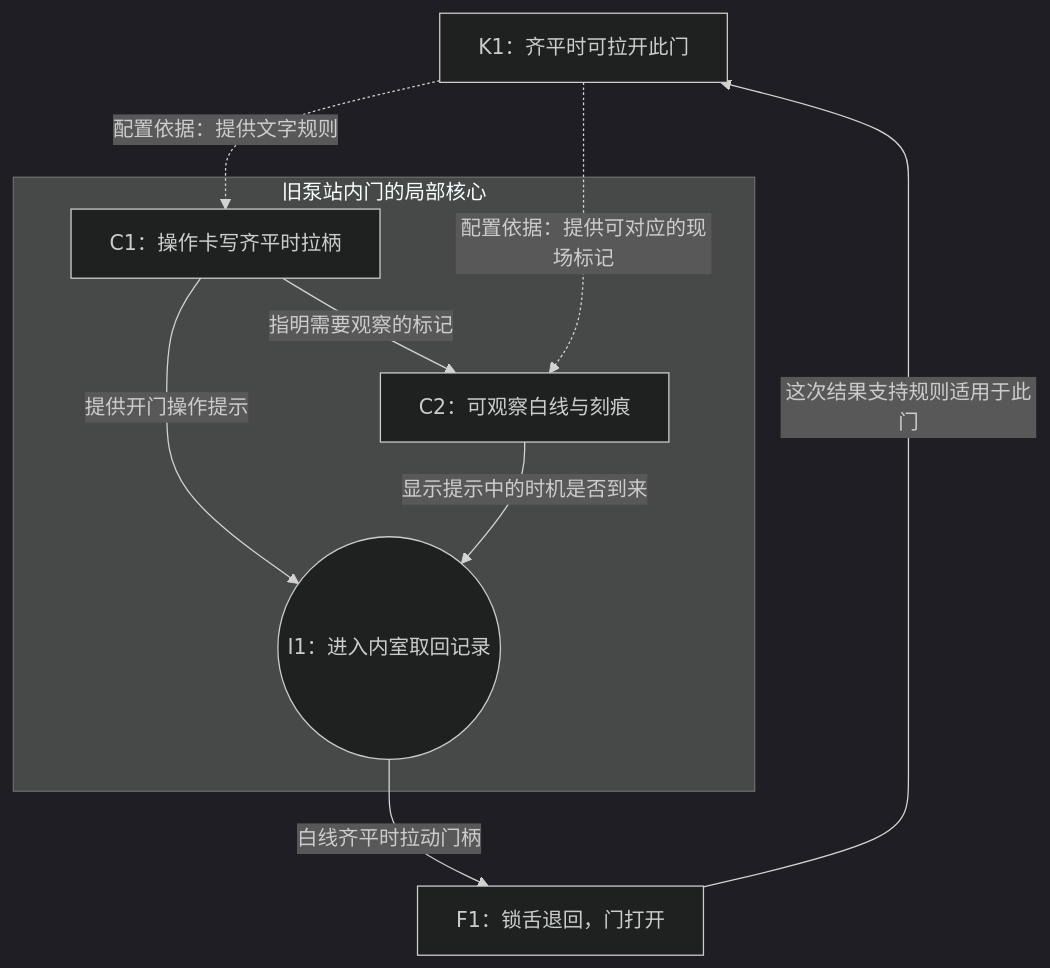
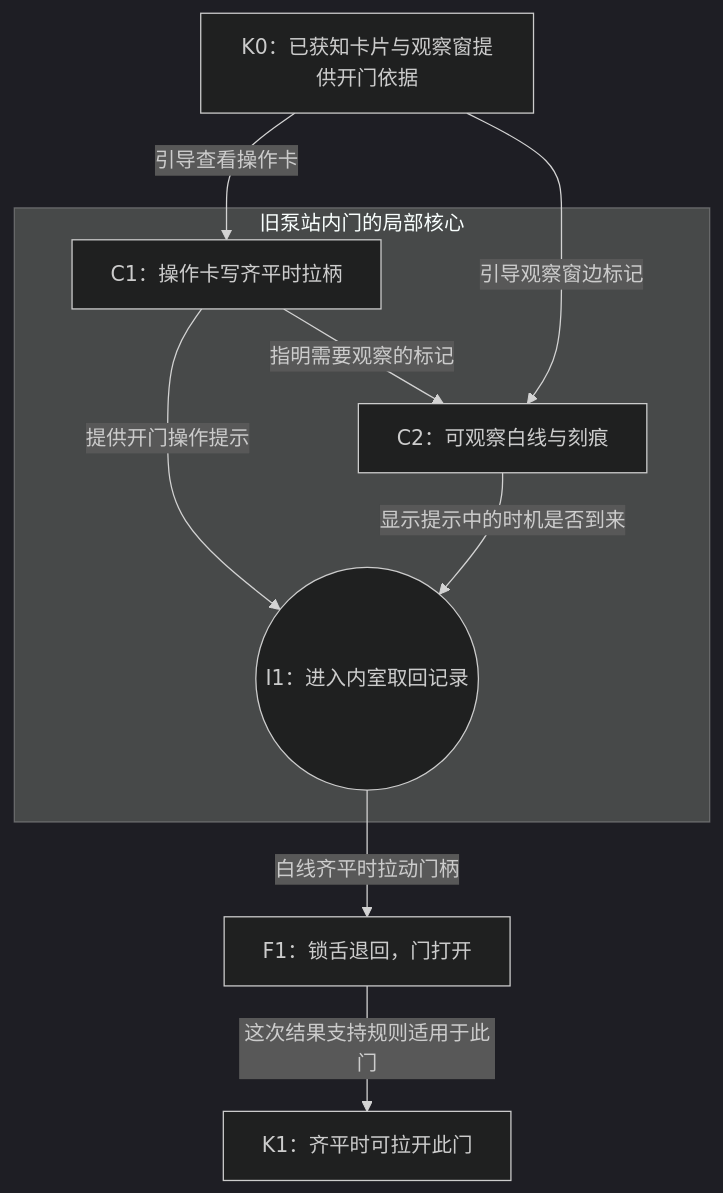
The second of 2 diagrams in knowledge-gate-network/templates/local-lock.md (ATLALALA/knowledge-gate-net-toolkit), drawn with Mermaid (dark theme) before and after one commit. The commit also changed other lines of this file and 13 other files, not shown here.

````diff
--- a/knowledge-gate-network/templates/local-lock.md
+++ b/knowledge-gate-network/templates/local-lock.md
@@ -138,17 +154,18 @@
 ```mermaid
 flowchart TB
+    K0["K0：已获知卡片与观察窗提供开门依据"]
     K1["K1：齐平时可拉开此门"]
     subgraph Door["旧泵站内门的局部核心"]
         C1["C1：操作卡写齐平时拉柄"]
         C2["C2：可观察白线与刻痕"]
         I1(("I1：进入内室取回记录"))
         C1 -->|"指明需要观察的标记"| C2
         C1 -->|"提供开门操作提示"| I1
         C2 -->|"显示提示中的时机是否到来"| I1
     end
     F1["F1：锁舌退回，门打开"]
-    K1 -.->|"配置依据：提供文字规则"| C1
-    K1 -.->|"配置依据：提供可对应的现场标记"| C2
+    K0 -->|"引导查看操作卡"| C1
+    K0 -->|"引导观察窗边标记"| C2
     I1 -->|"白线齐平时拉动门柄"| F1
     F1 -->|"这次结果支持规则适用于此门"| K1
 ```
````
